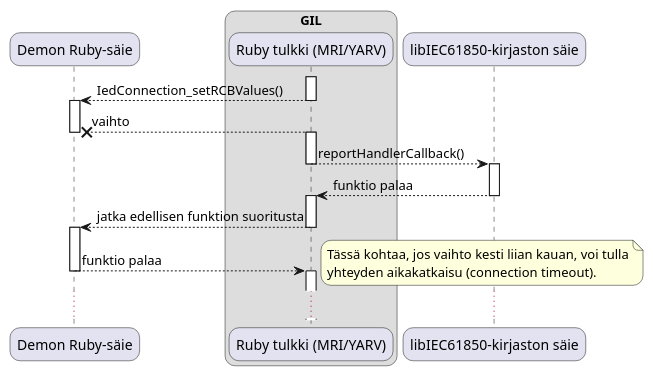
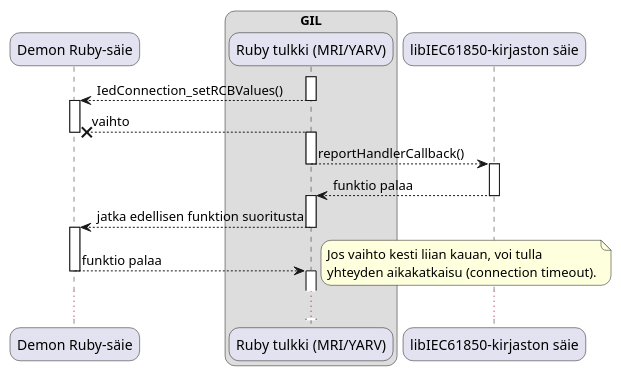
Before and after one commit to Kazhuu/tut_master_thesis: the diagram in uml/ruby-gil.puml, drawn with PlantUML. The commit also changed 2 other files, not shown here.

Commit message:
uml update

```diff
--- a/uml/ruby-gil.puml
+++ b/uml/ruby-gil.puml
@@ -1,33 +1,33 @@
 @startuml
 skinparam roundcorner 20
 participant "Demon Ruby-säie" as demo
 box "GIL"
 	participant "Ruby tulkki (MRI/YARV)" as ruby
 end box
 participant "libIEC61850-kirjaston säie" as thread
 
 activate ruby
 ruby --> demo : IedConnection_setRCBValues()
 deactivate ruby
 activate demo
 ruby -->x demo : vaihto
 deactivate demo
 activate ruby
 ruby --> thread : reportHandlerCallback()
 deactivate ruby
 activate thread
 thread --> ruby : funktio palaa
 deactivate thread
 activate ruby
 ruby --> demo : jatka edellisen funktion suoritusta
 deactivate ruby
 activate demo
 demo --> ruby : funktio palaa
 note right
-	Tässä kohtaa, jos vaihto kesti liian kauan, voi tulla
+	Jos vaihto kesti liian kauan, voi tulla
 	yhteyden aikakatkaisu (connection timeout).
 end note
 deactivate demo
 activate ruby
 ...
 @enduml
```
